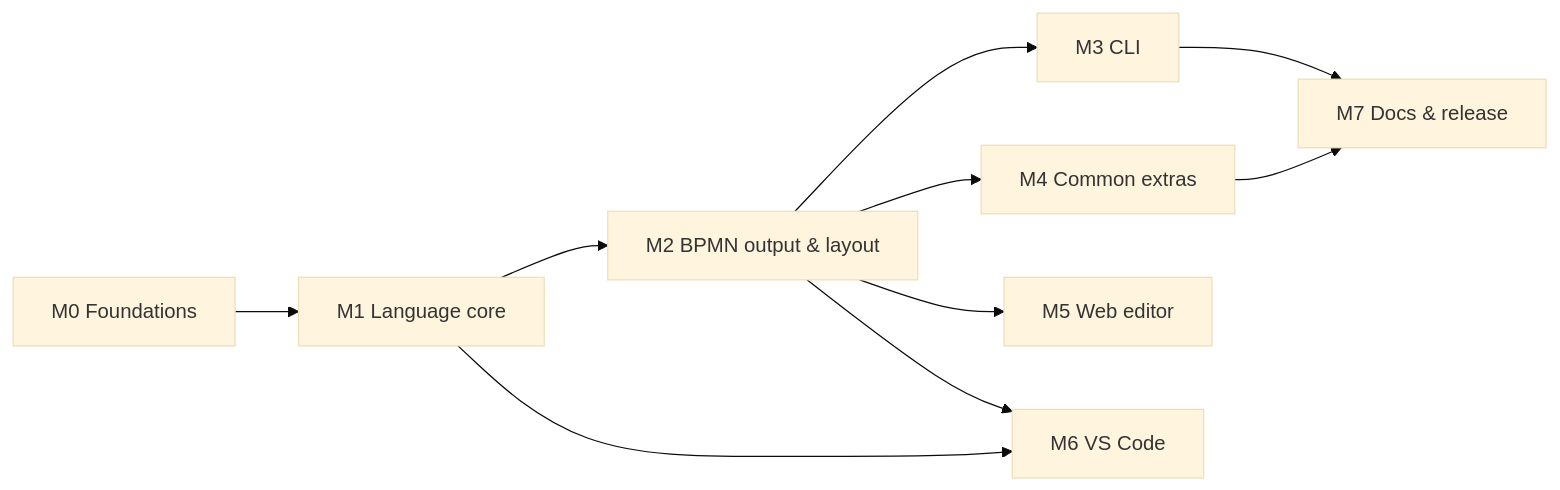
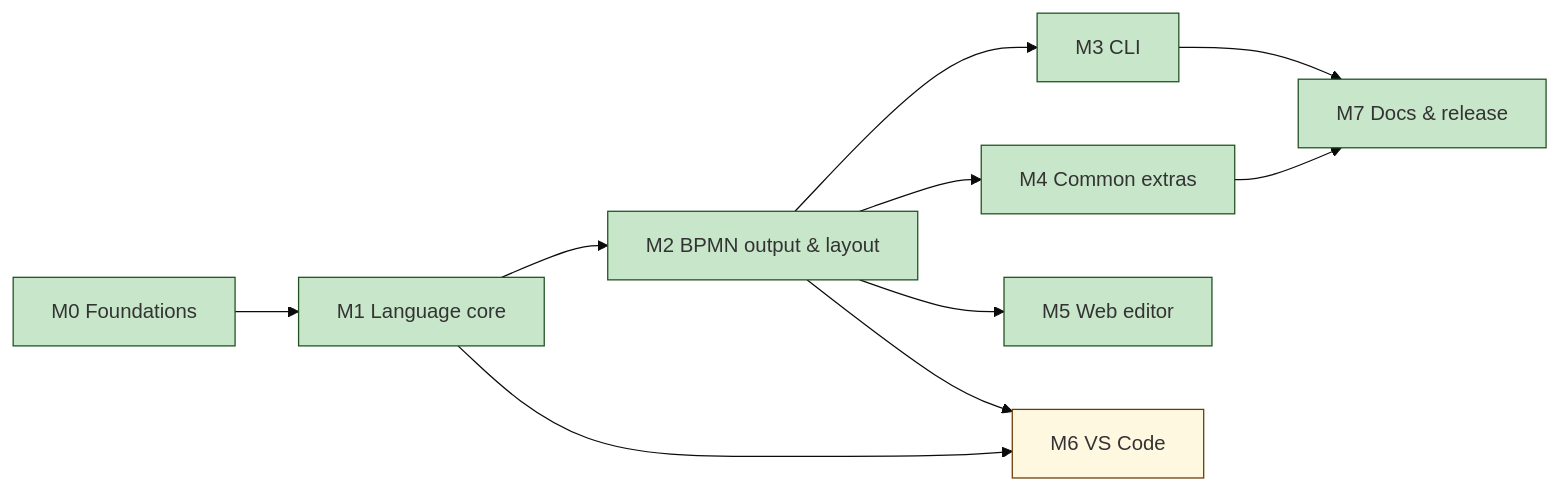
The diagram in docs/development-plan.md (markbac/bpmn-text), drawn with Mermaid (base theme) before and after one commit. The commit also changed other lines of this file and 42 other files, not shown here.

First line of the commit message:
Add diagrams and pictures throughout the docs

````diff
--- a/docs/development-plan.md
+++ b/docs/development-plan.md
@@ -22,11 +22,15 @@
 ```mermaid
 flowchart LR
   M0[M0 Foundations] --> M1[M1 Language core] --> M2[M2 BPMN output & layout]
   M2 --> M3[M3 CLI]
   M2 --> M4[M4 Common extras]
   M2 --> M5[M5 Web editor]
   M1 --> M6[M6 VS Code]
   M2 --> M6
   M3 --> M7[M7 Docs & release]
   M4 --> M7
+  classDef done fill:#C8E6C9,stroke:#205022
+  classDef open fill:#FFF8E1,stroke:#6B3C00
+  class M0,M1,M2,M3,M4,M5,M7 done
+  class M6 open
 ```
````
